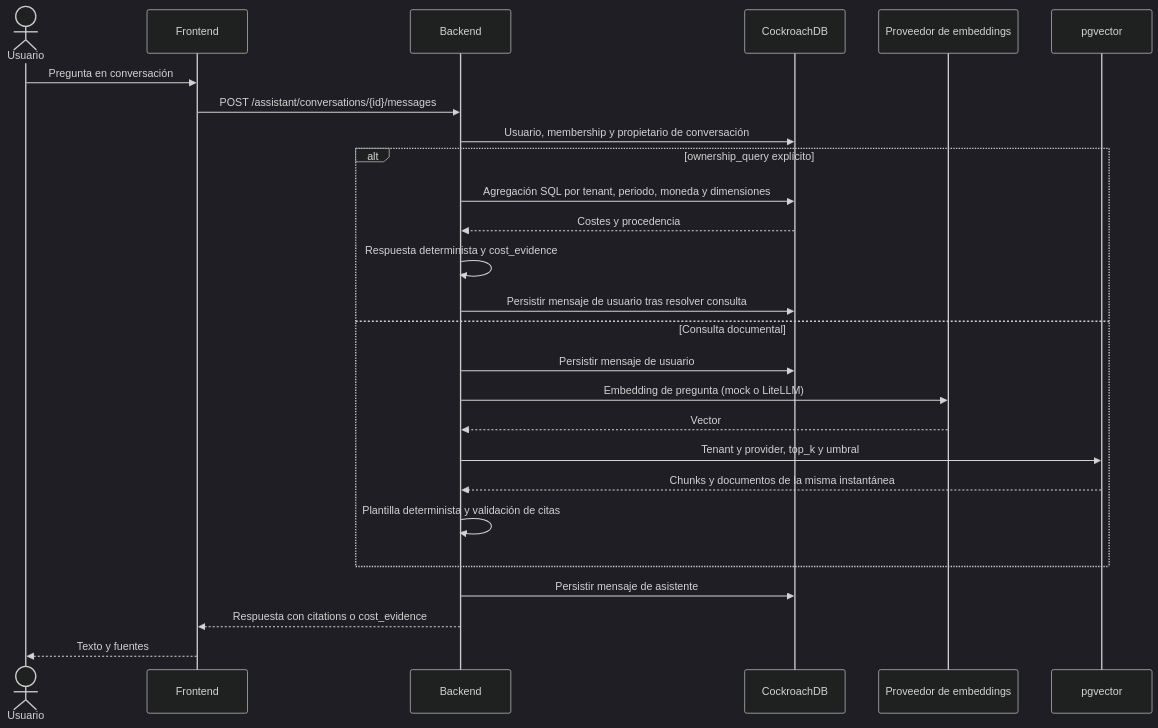
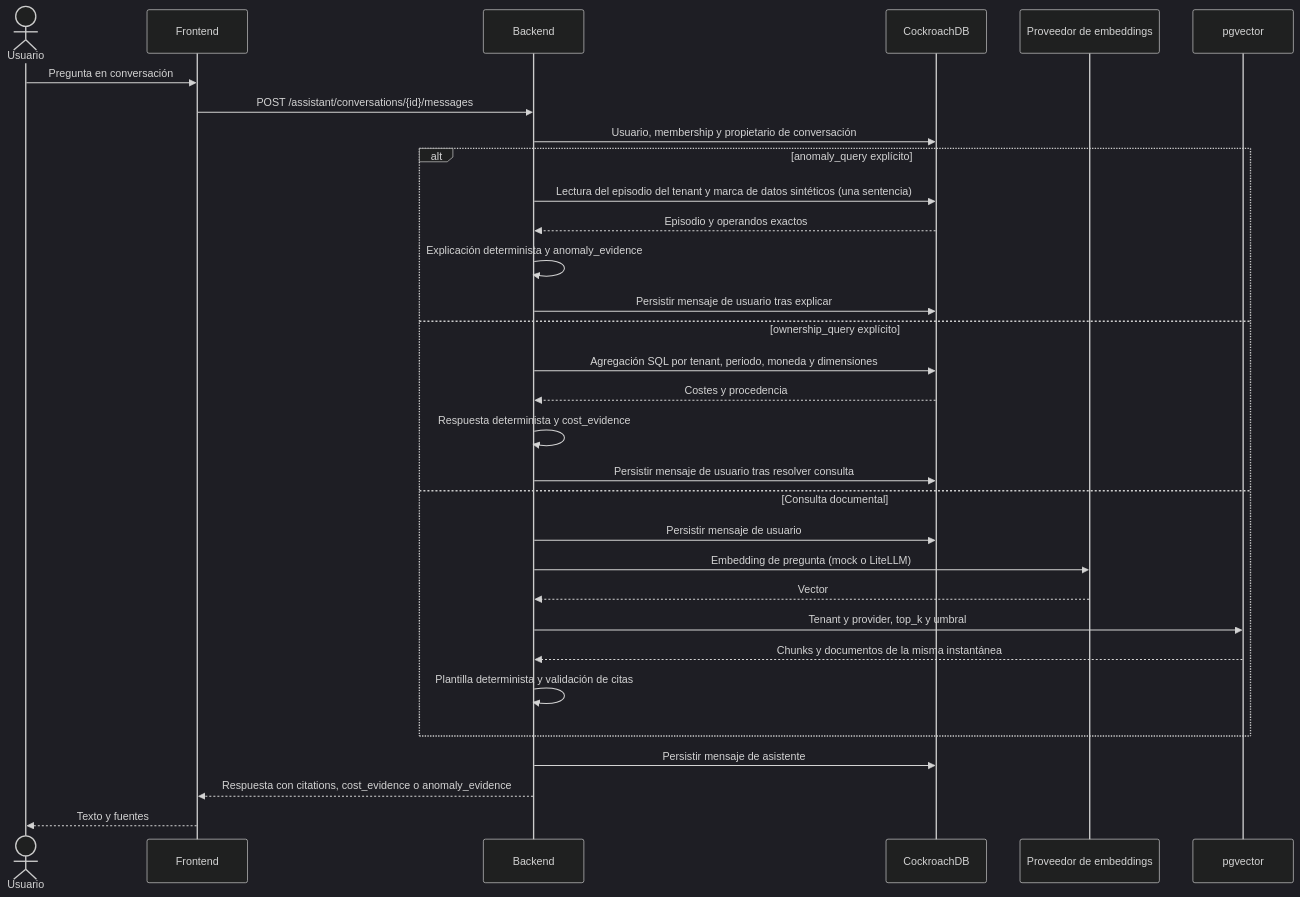
Before and after one commit to EconomiconFinOps/tfm-economicon: the second of 8 diagrams in docs/architecture.md, drawn with Mermaid (dark theme). The commit also changed other lines of this file and 5 other files, not shown here.

````diff
--- a/docs/architecture.md
+++ b/docs/architecture.md
@@ -65,28 +65,33 @@
 ```mermaid
 sequenceDiagram
   actor U as Usuario
   participant UI as Frontend
   participant B as Backend
   participant DB as CockroachDB
   participant E as Proveedor de embeddings
   participant V as pgvector
   U->>UI: Pregunta en conversación
   UI->>B: POST /assistant/conversations/{id}/messages
   B->>DB: Usuario, membership y propietario de conversación
-  alt ownership_query explícito
+  alt anomaly_query explícito
+    B->>DB: Lectura del episodio del tenant y marca de datos sintéticos (una sentencia)
+    DB-->>B: Episodio y operandos exactos
+    B->>B: Explicación determinista y anomaly_evidence
+    B->>DB: Persistir mensaje de usuario tras explicar
+  else ownership_query explícito
     B->>DB: Agregación SQL por tenant, periodo, moneda y dimensiones
     DB-->>B: Costes y procedencia
     B->>B: Respuesta determinista y cost_evidence
     B->>DB: Persistir mensaje de usuario tras resolver consulta
   else Consulta documental
   B->>DB: Persistir mensaje de usuario
   B->>E: Embedding de pregunta (mock o LiteLLM)
   E-->>B: Vector
   B->>V: Tenant y provider, top_k y umbral
   V-->>B: Chunks y documentos de la misma instantánea
   B->>B: Plantilla determinista y validación de citas
   end
   B->>DB: Persistir mensaje de asistente
-  B-->>UI: Respuesta con citations o cost_evidence
+  B-->>UI: Respuesta con citations, cost_evidence o anomaly_evidence
   UI-->>U: Texto y fuentes
 ```
````
